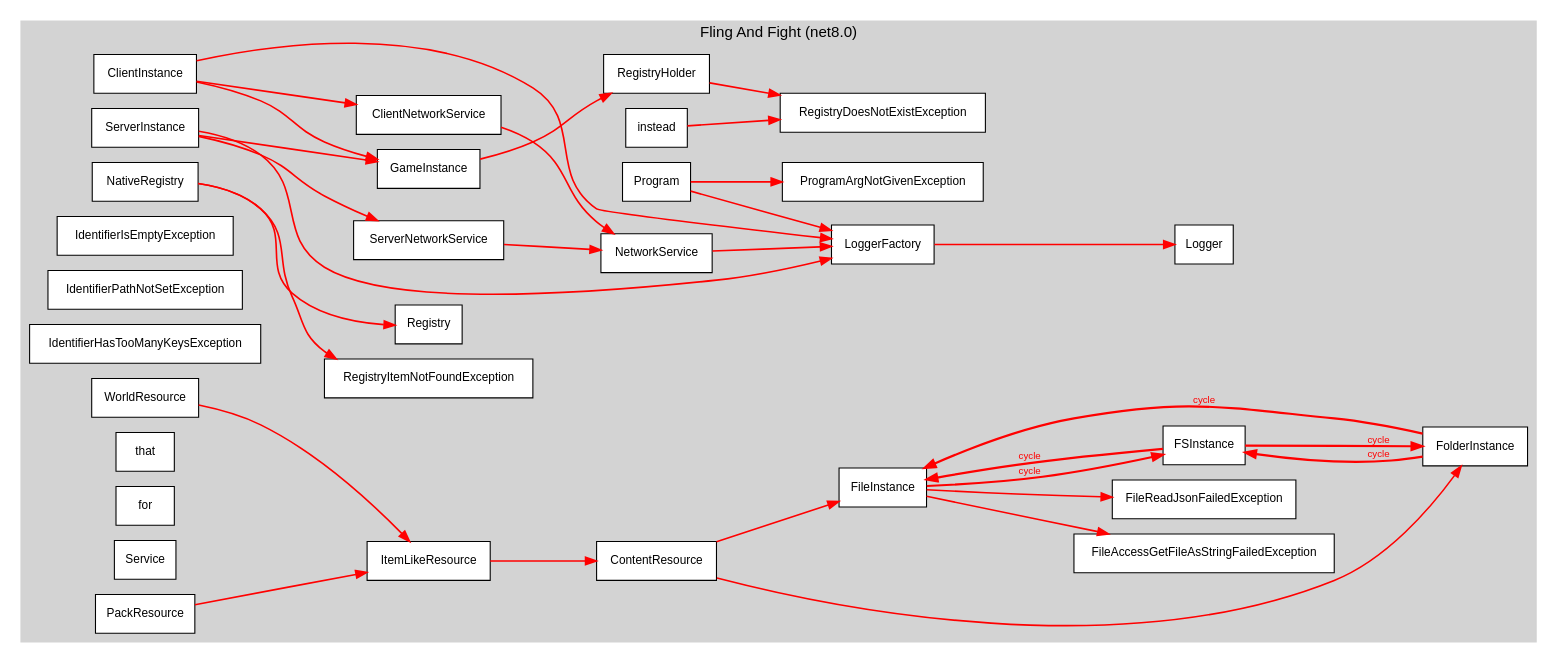
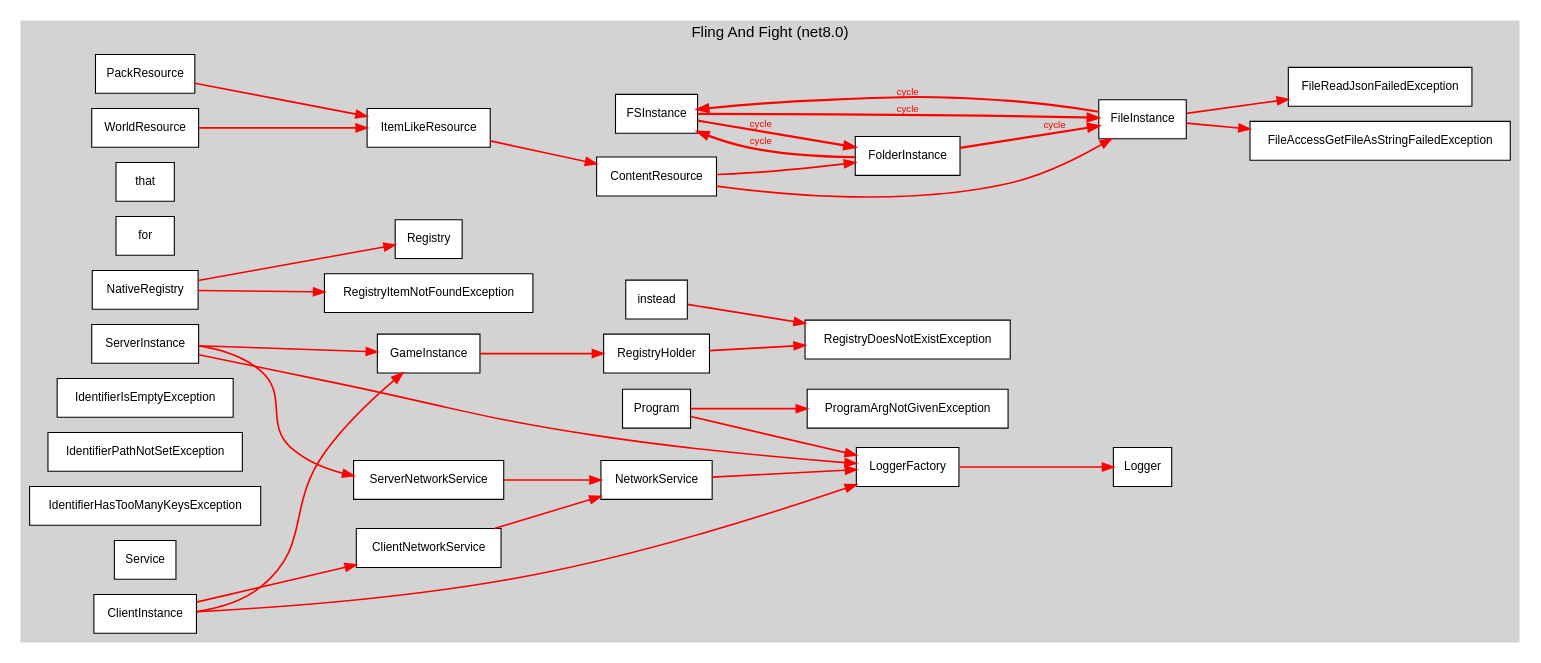
One commit to Nikaxe-dev/Fling-And-Fight changed the diagram in FaF-GODOT/class-dependency-graph.dot. Above: the diagram before and after it, drawn with Graphviz. The commit also changed 34 other files, not shown here.

Commit message:
refactor: Core/Data/Registries -> Core/Registries, Core/Data/ContentResources -> Core/Resources/Content

```diff
--- a/FaF-GODOT/class-dependency-graph.dot
+++ b/FaF-GODOT/class-dependency-graph.dot
@@ -1,76 +1,76 @@
 digraph CSharpDependencies {
   graph [rankdir=LR, fontname="Helvetica", fontsize=14, splines=sprite, overlap=false, nodesep=0.2, ranksep=0.8];
   node [shape=box, style=filled, fillcolor=lightblue, fontname="Helvetica", fontsize=11];
   edge [fontname="Helvetica", fontsize=9];
   // Cycle highlighting
   edge [color="#FF0000", penwidth=2.0];
 
 
   subgraph "cluster_Fling And Fight" {
     label="Fling And Fight (net8.0)";
     style="filled";
     color="lightgray";
 
     "Fling And Fight.ClientInstance" [label="ClientInstance", fillcolor=white, tooltip="FaF.Client.ClientInstance"];
     "Fling And Fight.ClientNetworkService" [label="ClientNetworkService", fillcolor=white, tooltip="FaF.Client.Services.ClientServices.ClientNetworkService"];
-    "Fling And Fight.ContentResource" [label="ContentResource", fillcolor=white, tooltip="FaF.Core.Data.ContentResources.ContentResource"];
-    "Fling And Fight.ItemLikeResource" [label="ItemLikeResource", fillcolor=white, tooltip="FaF.Core.Data.ContentResources.ItemLikeResource"];
-    "Fling And Fight.PackResource" [label="PackResource", fillcolor=white, tooltip="FaF.Core.Data.ContentResources.PackResource"];
-    "Fling And Fight.WorldResource" [label="WorldResource", fillcolor=white, tooltip="FaF.Core.Data.ContentResources.WorldResource"];
-    "Fling And Fight.IdentifierIsEmptyException" [label="IdentifierIsEmptyException", fillcolor=white, tooltip="FaF.Core.Data.IdentifierIsEmptyException"];
-    "Fling And Fight.IdentifierPathNotSetException" [label="IdentifierPathNotSetException", fillcolor=white, tooltip="FaF.Core.Data.IdentifierPathNotSetException"];
-    "Fling And Fight.IdentifierHasTooManyKeysException" [label="IdentifierHasTooManyKeysException", fillcolor=white, tooltip="FaF.Core.Data.IdentifierHasTooManyKeysException"];
-    "Fling And Fight.NativeRegistry" [label="NativeRegistry", fillcolor=white, tooltip="FaF.Core.Data.Registries.NativeRegistry"];
-    "Fling And Fight.RegistryItemNotFoundException" [label="RegistryItemNotFoundException", fillcolor=white, tooltip="FaF.Core.Data.Registries.RegistryItemNotFoundException"];
-    "Fling And Fight.that" [label="that", fillcolor=white, tooltip="FaF.Core.Data.Registries.that"];
-    "Fling And Fight.for" [label="for", fillcolor=white, tooltip="FaF.Core.Data.Registries.for"];
-    "Fling And Fight.Registry" [label="Registry", fillcolor=white, tooltip="FaF.Core.Data.Registries.Registry"];
     "Fling And Fight.GameInstance" [label="GameInstance", fillcolor=white, tooltip="FaF.Core.GameInstance"];
     "Fling And Fight.Logger" [label="Logger", fillcolor=white, tooltip="FaF.Core.Lib.Debug.Logger"];
     "Fling And Fight.LoggerFactory" [label="LoggerFactory", fillcolor=white, tooltip="FaF.Core.Lib.Debug.LoggerFactory"];
     "Fling And Fight.FSInstance" [label="FSInstance", fillcolor=white, tooltip="FaF.Core.Lib.FileSystem.FSInstance"];
     "Fling And Fight.FileInstance" [label="FileInstance", fillcolor=white, tooltip="FaF.Core.Lib.FileSystem.FileInstance"];
     "Fling And Fight.FileAccessGetFileAsStringFailedException" [label="FileAccessGetFileAsStringFailedException", fillcolor=white, tooltip="FaF.Core.Lib.FileSystem.FileAccessGetFileAsStringFailedException"];
     "Fling And Fight.FileReadJsonFailedException" [label="FileReadJsonFailedException", fillcolor=white, tooltip="FaF.Core.Lib.FileSystem.FileReadJsonFailedException"];
     "Fling And Fight.FolderInstance" [label="FolderInstance", fillcolor=white, tooltip="FaF.Core.Lib.FileSystem.FolderInstance"];
     "Fling And Fight.Program" [label="Program", fillcolor=white, tooltip="FaF.Core.Program"];
     "Fling And Fight.ProgramArgNotGivenException" [label="ProgramArgNotGivenException", fillcolor=white, tooltip="FaF.Core.ProgramArgNotGivenException"];
+    "Fling And Fight.NativeRegistry" [label="NativeRegistry", fillcolor=white, tooltip="FaF.Core.Data.Registries.NativeRegistry"];
+    "Fling And Fight.RegistryItemNotFoundException" [label="RegistryItemNotFoundException", fillcolor=white, tooltip="FaF.Core.Data.Registries.RegistryItemNotFoundException"];
+    "Fling And Fight.that" [label="that", fillcolor=white, tooltip="FaF.Core.Data.Registries.that"];
+    "Fling And Fight.for" [label="for", fillcolor=white, tooltip="FaF.Core.Data.Registries.for"];
+    "Fling And Fight.Registry" [label="Registry", fillcolor=white, tooltip="FaF.Core.Data.Registries.Registry"];
+    "Fling And Fight.ContentResource" [label="ContentResource", fillcolor=white, tooltip="FaF.Core.Resources.Content.ContentResource"];
+    "Fling And Fight.ItemLikeResource" [label="ItemLikeResource", fillcolor=white, tooltip="FaF.Core.Resources.Content.ItemLikeResource"];
+    "Fling And Fight.PackResource" [label="PackResource", fillcolor=white, tooltip="FaF.Core.Resources.Content.PackResource"];
+    "Fling And Fight.WorldResource" [label="WorldResource", fillcolor=white, tooltip="FaF.Core.Resources.Content.WorldResource"];
+    "Fling And Fight.IdentifierIsEmptyException" [label="IdentifierIsEmptyException", fillcolor=white, tooltip="FaF.Core.Resources.IdentifierIsEmptyException"];
+    "Fling And Fight.IdentifierPathNotSetException" [label="IdentifierPathNotSetException", fillcolor=white, tooltip="FaF.Core.Resources.IdentifierPathNotSetException"];
+    "Fling And Fight.IdentifierHasTooManyKeysException" [label="IdentifierHasTooManyKeysException", fillcolor=white, tooltip="FaF.Core.Resources.IdentifierHasTooManyKeysException"];
     "Fling And Fight.NetworkService" [label="NetworkService", fillcolor=white, tooltip="FaF.Core.Services.AbstractServices.NetworkService"];
     "Fling And Fight.instead" [label="instead", fillcolor=white, tooltip="FaF.Core.Services.ProgramServices.instead"];
     "Fling And Fight.RegistryHolder" [label="RegistryHolder", fillcolor=white, tooltip="FaF.Core.Services.ProgramServices.RegistryHolder"];
     "Fling And Fight.RegistryDoesNotExistException" [label="RegistryDoesNotExistException", fillcolor=white, tooltip="FaF.Core.Services.ProgramServices.RegistryDoesNotExistException"];
     "Fling And Fight.Service" [label="Service", fillcolor=white, tooltip="FaF.Core.Services.Service"];
     "Fling And Fight.ServerInstance" [label="ServerInstance", fillcolor=white, tooltip="FaF.Server.ServerInstance"];
     "Fling And Fight.ServerNetworkService" [label="ServerNetworkService", fillcolor=white, tooltip="FaF.Server.Services.ServerServices.ServerNetworkService"];
   }
 
   "Fling And Fight.ClientInstance" -> "Fling And Fight.GameInstance" [penwidth=1.5];
   "Fling And Fight.ClientInstance" -> "Fling And Fight.LoggerFactory" [penwidth=1.5];
   "Fling And Fight.ClientInstance" -> "Fling And Fight.ClientNetworkService" [penwidth=1.5];
   "Fling And Fight.ClientNetworkService" -> "Fling And Fight.NetworkService" [penwidth=1.5];
-  "Fling And Fight.ContentResource" -> "Fling And Fight.FileInstance" [penwidth=1.5];
-  "Fling And Fight.ContentResource" -> "Fling And Fight.FolderInstance" [penwidth=1.5];
-  "Fling And Fight.ItemLikeResource" -> "Fling And Fight.ContentResource" [penwidth=1.5];
-  "Fling And Fight.PackResource" -> "Fling And Fight.ItemLikeResource" [penwidth=1.5];
-  "Fling And Fight.WorldResource" -> "Fling And Fight.ItemLikeResource" [penwidth=1.5];
-  "Fling And Fight.NativeRegistry" -> "Fling And Fight.Registry" [penwidth=1.5];
-  "Fling And Fight.NativeRegistry" -> "Fling And Fight.RegistryItemNotFoundException" [penwidth=1.5];
   "Fling And Fight.GameInstance" -> "Fling And Fight.RegistryHolder" [penwidth=1.5];
   "Fling And Fight.LoggerFactory" -> "Fling And Fight.Logger" [penwidth=1.5];
   "Fling And Fight.FSInstance" -> "Fling And Fight.FolderInstance" [penwidth=1.5, color="#FF0000", penwidth=2.0, fontcolor="#FF0000", label="cycle"];
   "Fling And Fight.FSInstance" -> "Fling And Fight.FileInstance" [penwidth=1.5, color="#FF0000", penwidth=2.0, fontcolor="#FF0000", label="cycle"];
   "Fling And Fight.FileInstance" -> "Fling And Fight.FSInstance" [penwidth=1.5, color="#FF0000", penwidth=2.0, fontcolor="#FF0000", label="cycle"];
   "Fling And Fight.FileInstance" -> "Fling And Fight.FileAccessGetFileAsStringFailedException" [penwidth=1.5];
   "Fling And Fight.FileInstance" -> "Fling And Fight.FileReadJsonFailedException" [penwidth=1.5];
   "Fling And Fight.FolderInstance" -> "Fling And Fight.FSInstance" [penwidth=1.5, color="#FF0000", penwidth=2.0, fontcolor="#FF0000", label="cycle"];
   "Fling And Fight.FolderInstance" -> "Fling And Fight.FileInstance" [penwidth=1.5, color="#FF0000", penwidth=2.0, fontcolor="#FF0000", label="cycle"];
   "Fling And Fight.Program" -> "Fling And Fight.ProgramArgNotGivenException" [penwidth=1.5];
   "Fling And Fight.Program" -> "Fling And Fight.LoggerFactory" [penwidth=1.5];
+  "Fling And Fight.NativeRegistry" -> "Fling And Fight.Registry" [penwidth=1.5];
+  "Fling And Fight.NativeRegistry" -> "Fling And Fight.RegistryItemNotFoundException" [penwidth=1.5];
+  "Fling And Fight.ContentResource" -> "Fling And Fight.FileInstance" [penwidth=1.5];
+  "Fling And Fight.ContentResource" -> "Fling And Fight.FolderInstance" [penwidth=1.5];
+  "Fling And Fight.ItemLikeResource" -> "Fling And Fight.ContentResource" [penwidth=1.5];
+  "Fling And Fight.PackResource" -> "Fling And Fight.ItemLikeResource" [penwidth=1.5];
+  "Fling And Fight.WorldResource" -> "Fling And Fight.ItemLikeResource" [penwidth=1.5];
   "Fling And Fight.NetworkService" -> "Fling And Fight.LoggerFactory" [penwidth=1.5];
   "Fling And Fight.instead" -> "Fling And Fight.RegistryDoesNotExistException" [penwidth=1.5];
   "Fling And Fight.RegistryHolder" -> "Fling And Fight.RegistryDoesNotExistException" [penwidth=1.5];
   "Fling And Fight.ServerInstance" -> "Fling And Fight.GameInstance" [penwidth=1.5];
   "Fling And Fight.ServerInstance" -> "Fling And Fight.LoggerFactory" [penwidth=1.5];
   "Fling And Fight.ServerInstance" -> "Fling And Fight.ServerNetworkService" [penwidth=1.5];
   "Fling And Fight.ServerNetworkService" -> "Fling And Fight.NetworkService" [penwidth=1.5];
 }
```
